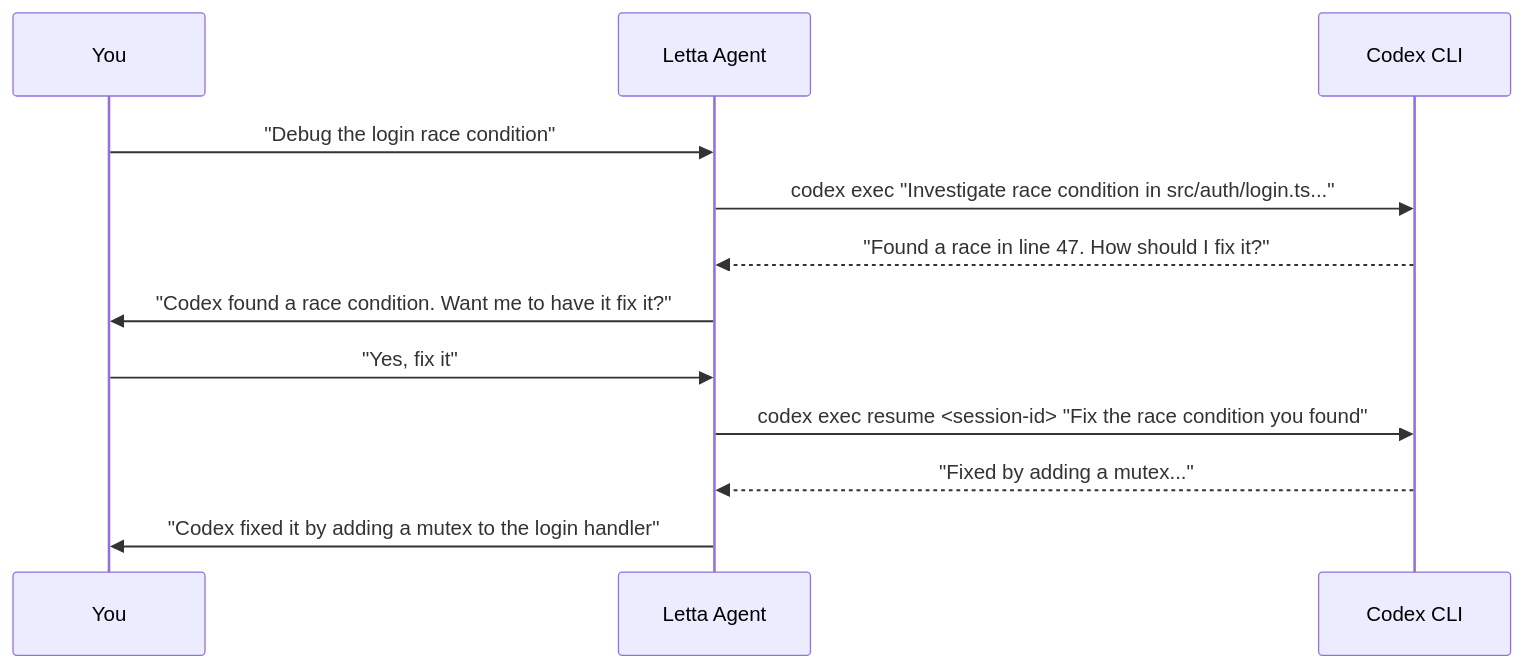
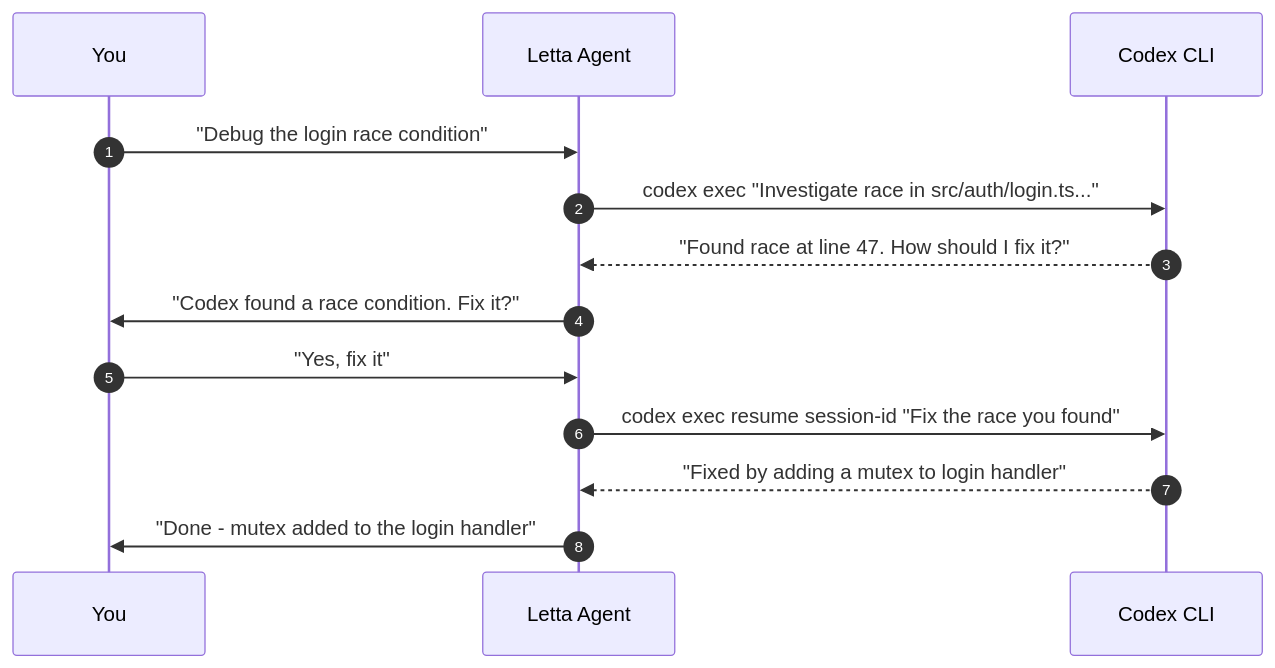
One commit to greedychipmunk/algodojo-xyz changed the second of 3 diagrams in src/content/tutorials/letta-orchestrate-codex.mdx. Above: the diagram before and after it, drawn with Mermaid. The commit also changed other lines of this file, not shown here.

First line of the commit message:
feat: add Letta Codex orchestration tutorial (#89)

````diff
--- a/src/content/tutorials/letta-orchestrate-codex.mdx
+++ b/src/content/tutorials/letta-orchestrate-codex.mdx
@@ -394,15 +400,16 @@
 ```mermaid
 sequenceDiagram
+    autonumber
     participant U as You
     participant L as Letta Agent
     participant C as Codex CLI
 
     U->>L: "Debug the login race condition"
-    L->>C: codex exec "Investigate race condition in src/auth/login.ts..."
-    C-->>L: "Found a race in line 47. How should I fix it?"
-    L->>U: "Codex found a race condition. Want me to have it fix it?"
+    L->>C: codex exec "Investigate race in src/auth/login.ts..."
+    C-->>L: "Found race at line 47. How should I fix it?"
+    L->>U: "Codex found a race condition. Fix it?"
     U->>L: "Yes, fix it"
-    L->>C: codex exec resume <session-id> "Fix the race condition you found"
-    C-->>L: "Fixed by adding a mutex..."
-    L->>U: "Codex fixed it by adding a mutex to the login handler"
+    L->>C: codex exec resume session-id "Fix the race you found"
+    C-->>L: "Fixed by adding a mutex to login handler"
+    L->>U: "Done - mutex added to the login handler"
 ```
````
